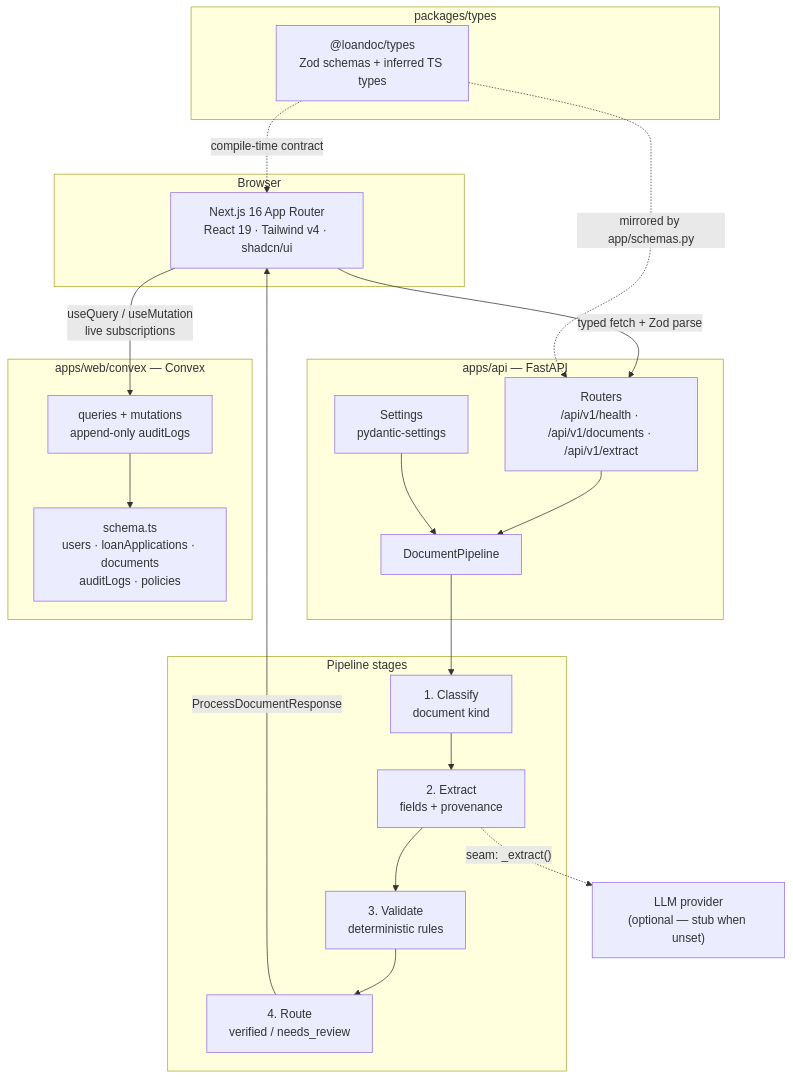
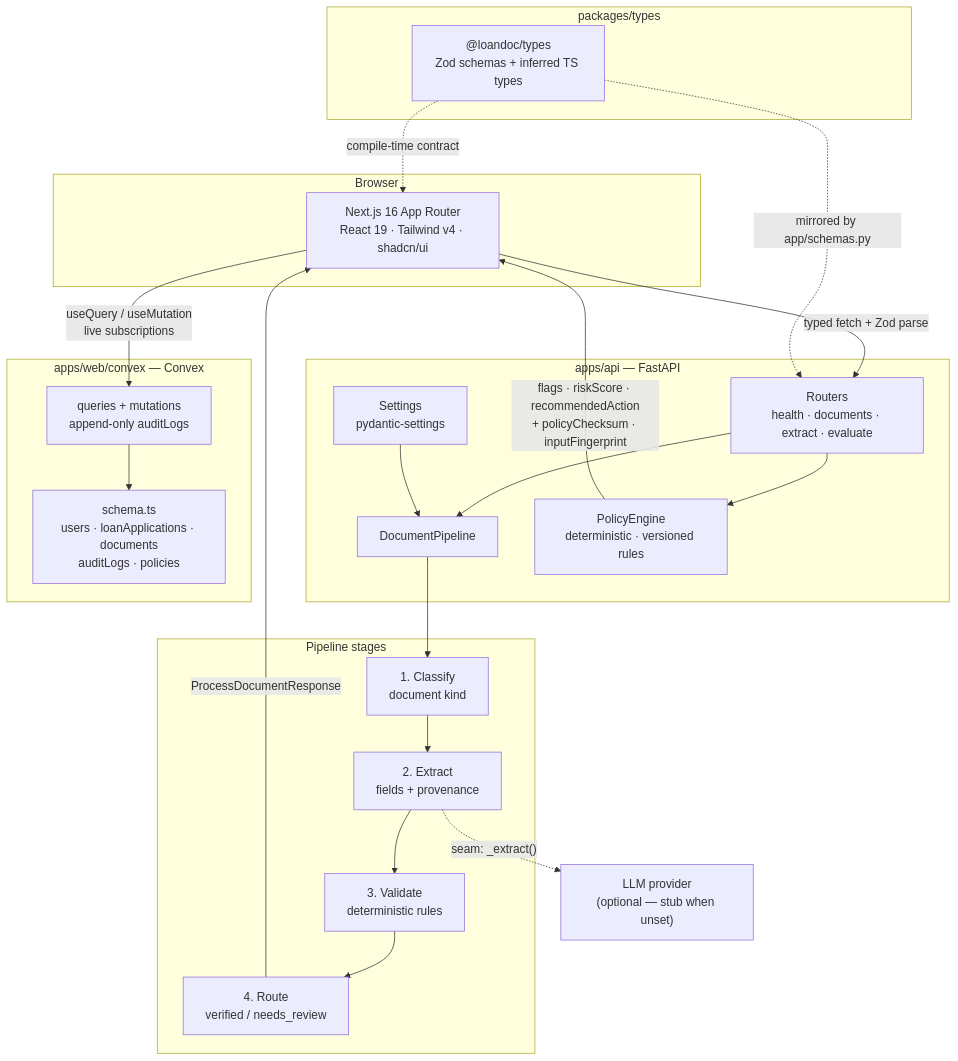
One commit to TIMOTHY-glitch-hash/loanDoc-ai changed the first of 2 diagrams in README.md. Above: the diagram before and after it, drawn with Mermaid. The commit also changed other lines of this file and 9 other files, not shown here.

Commit message:
Add deterministic PolicyEngine with versioned rules and /api/v1/evaluate

````diff
--- a/README.md
+++ b/README.md
@@ -16,41 +16,44 @@
 ```mermaid
 flowchart TB
     subgraph client["Browser"]
         UI["Next.js 16 App Router<br/>React 19 · Tailwind v4 · shadcn/ui"]
     end
 
     subgraph shared["packages/types"]
         T["@loandoc/types<br/>Zod schemas + inferred TS types"]
     end
 
     subgraph api["apps/api — FastAPI"]
-        R["Routers<br/>/api/v1/health · /api/v1/documents · /api/v1/extract"]
+        R["Routers<br/>health · documents · extract · evaluate"]
         P["DocumentPipeline"]
+        PE["PolicyEngine<br/>deterministic · versioned rules"]
         C["Settings<br/>pydantic-settings"]
     end
 
     subgraph pipeline["Pipeline stages"]
         S1["1. Classify<br/>document kind"]
         S2["2. Extract<br/>fields + provenance"]
         S3["3. Validate<br/>deterministic rules"]
         S4["4. Route<br/>verified / needs_review"]
     end
 
     subgraph convex["apps/web/convex — Convex"]
         CS["schema.ts<br/>users · loanApplications · documents<br/>auditLogs · policies"]
         CF["queries + mutations<br/>append-only auditLogs"]
     end
 
     LLM["LLM provider<br/>(optional — stub when unset)"]
 
     UI -->|"useQuery / useMutation<br/>live subscriptions"| CF
     CF --> CS
     UI -->|"typed fetch + Zod parse"| R
     T -.->|"compile-time contract"| UI
     T -.->|"mirrored by app/schemas.py"| R
     R --> P
+    R --> PE
     C --> P
     P --> S1 --> S2 --> S3 --> S4
     S2 -.->|"seam: _extract()"| LLM
     S4 -->|"ProcessDocumentResponse"| UI
+    PE -->|"flags · riskScore · recommendedAction<br/>+ policyChecksum · inputFingerprint"| UI
 ```
````
